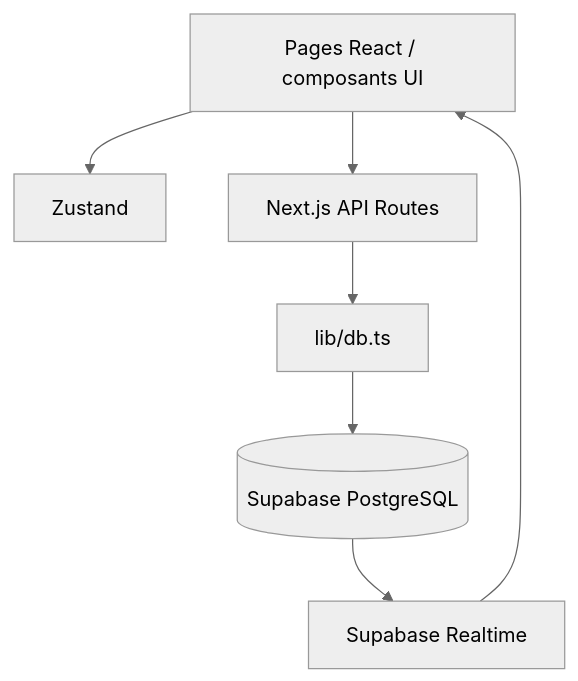
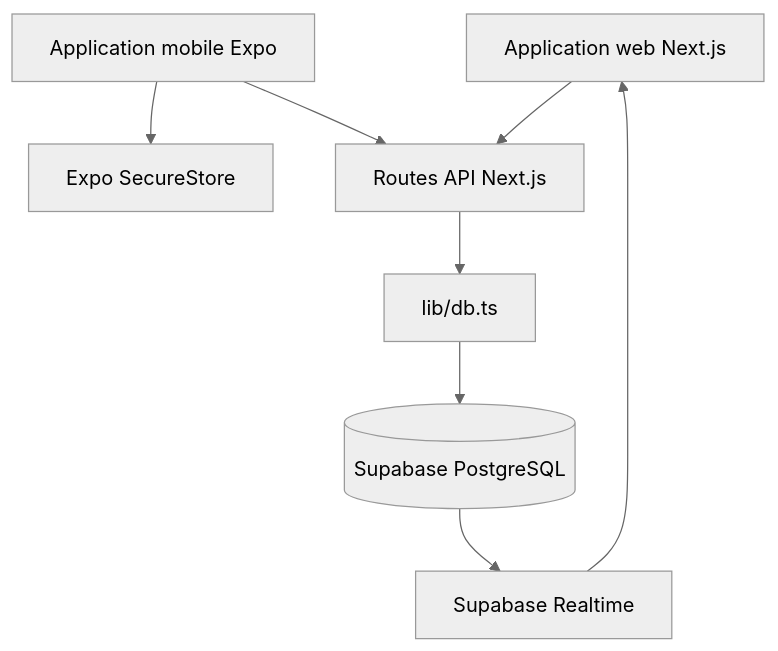
Before and after one commit to BL4ZE68/--deux: the second of 2 diagrams in README.md, drawn with Mermaid (neutral theme). The commit also changed other lines of this file and 57 other files, not shown here.

````diff
--- a/README.md
+++ b/README.md
@@ -230,16 +263,18 @@
 ```mermaid
 flowchart TB
-  UI[Pages React / composants UI]
-  Store[Zustand]
-  API[Next.js API Routes]
+  Web[Application web Next.js]
+  Native[Application mobile Expo]
+  Secure[Expo SecureStore]
+  API[Routes API Next.js]
   DB[lib/db.ts]
   Supabase[(Supabase PostgreSQL)]
   Realtime[Supabase Realtime]
 
-  UI --> Store
-  UI --> API
+  Web --> API
+  Native --> Secure
+  Native --> API
   API --> DB
   DB --> Supabase
   Supabase --> Realtime
-  Realtime --> UI
+  Realtime --> Web
 ```
````
